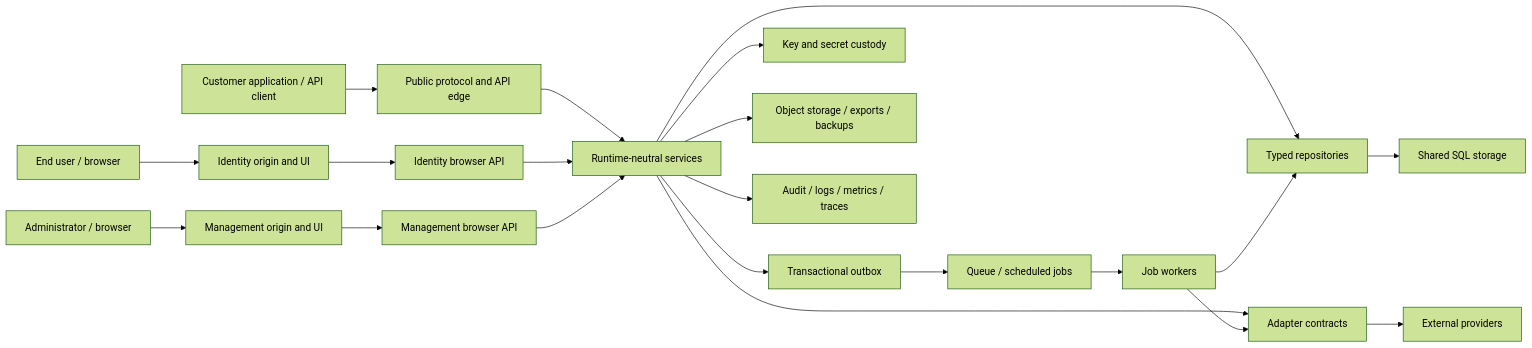
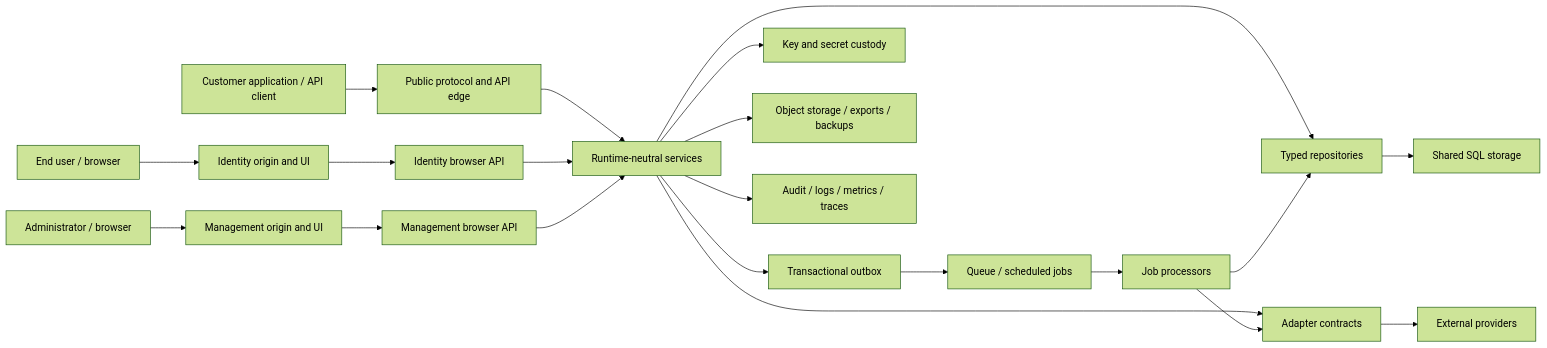
The diagram in docs/security/threat-model.md (ExpressThat/Auth), drawn with Mermaid (forest theme) before and after one commit. The commit also changed other lines of this file and 80 other files, not shown here.

````diff
--- a/docs/security/threat-model.md
+++ b/docs/security/threat-model.md
@@ -59,23 +59,23 @@
 ```mermaid
 flowchart LR
   U["End user / browser"] --> EI["Identity origin and UI"]
   A["Administrator / browser"] --> MI["Management origin and UI"]
   C["Customer application / API client"] --> PA["Public protocol and API edge"]
   EI --> IA["Identity browser API"]
   MI --> MA["Management browser API"]
   PA --> S["Runtime-neutral services"]
   IA --> S
   MA --> S
   S --> R["Typed repositories"]
   R --> DB["Shared SQL storage"]
   S --> AD["Adapter contracts"]
   AD --> P["External providers"]
   S --> O["Transactional outbox"]
   O --> Q["Queue / scheduled jobs"]
-  Q --> W["Job workers"]
+  Q --> W["Job processors"]
   W --> R
   W --> AD
   S --> K["Key and secret custody"]
   S --> B["Object storage / exports / backups"]
   S --> L["Audit / logs / metrics / traces"]
 ```
````
